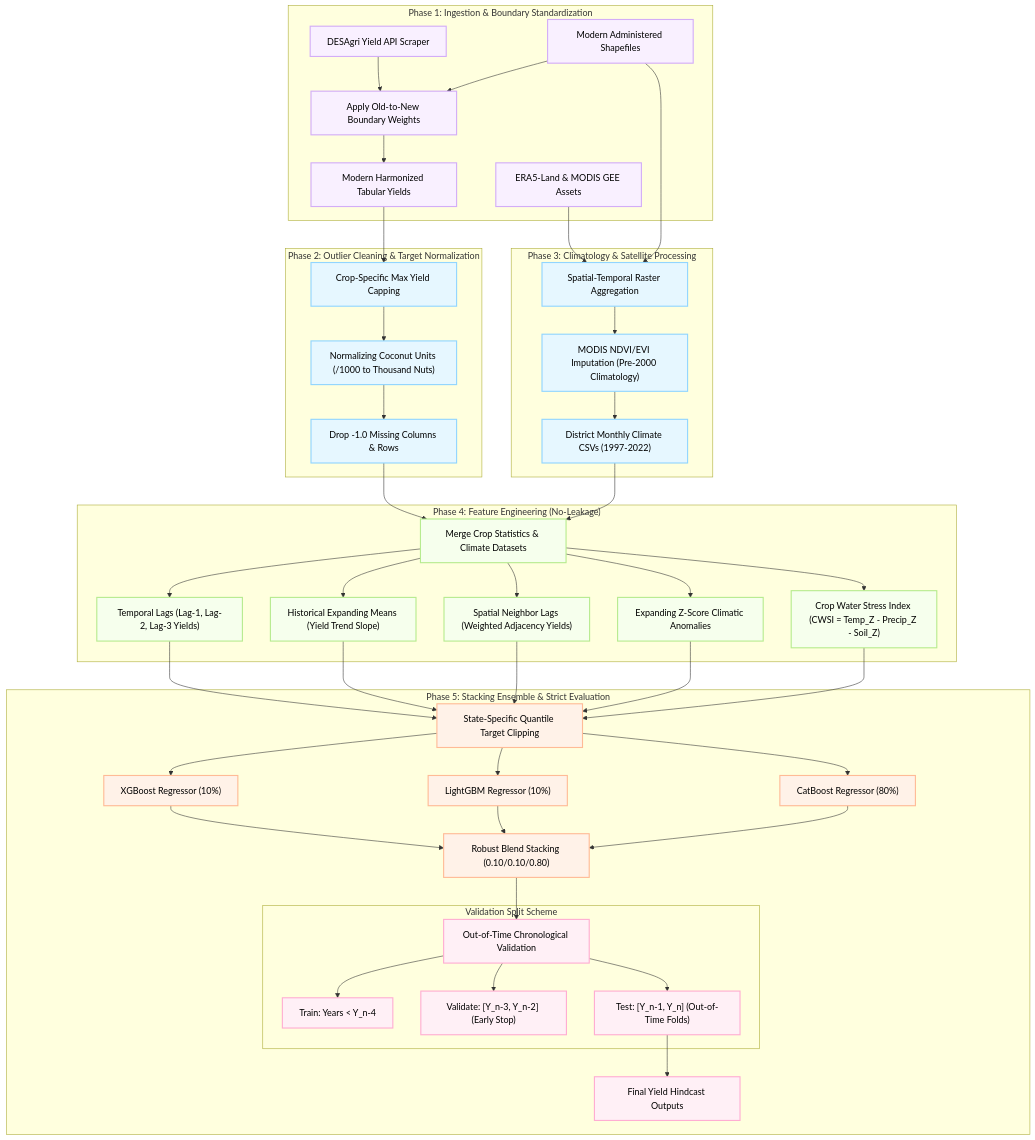
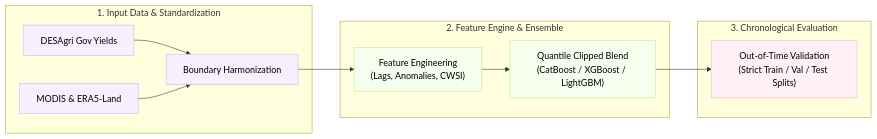
The diagram in methodology_flowchart.md (AadityaChaturvedy/TerraYield-ML), drawn with Mermaid before and after one commit. The commit also changed 3 other files, not shown here.

Commit message:
refactor: Update train_crop.py ensemble weights, show detailed SHAP top 15 features, and format flowchart

````diff
--- a/methodology_flowchart.md
+++ b/methodology_flowchart.md
@@ -11,60 +11,22 @@
 ```mermaid
-flowchart TD
+flowchart LR
     %% Define styles and classes
-    classDef ingest fill:#f9f0ff,stroke:#d3adf7,stroke-width:2px,color:#000;
-    classDef clean fill:#e6f7ff,stroke:#91d5ff,stroke-width:2px,color:#000;
-    classDef feature fill:#f6ffed,stroke:#b7eb8f,stroke-width:2px,color:#000;
-    classDef model fill:#fff2e8,stroke:#ffbb96,stroke-width:2px,color:#000;
-    classDef val fill:#fff0f6,stroke:#ffadd2,stroke-width:2px,color:#000;
+    classDef ingest fill:#f9f0ff,stroke:#d3adf7,stroke-width:1px,color:#000;
+    classDef feature fill:#f6ffed,stroke:#b7eb8f,stroke-width:1px,color:#000;
+    classDef val fill:#fff0f6,stroke:#ffadd2,stroke-width:1px,color:#000;
 
-    subgraph INGESTION["Phase 1: Ingestion & Boundary Standardization"]
-        A1["DESAgri Yield API Scraper"]:::ingest
-        A2["ERA5-Land & MODIS GEE Assets"]:::ingest
-        A3["Modern Administered Shapefiles"]:::ingest
-        
-        A1 & A3 --> B1["Apply Old-to-New Boundary Weights"]:::ingest
-        B1 --> B2["Modern Harmonized Tabular Yields"]:::ingest
+    subgraph INPUTS ["1. Input Data & Standardization"]
+        A1["DESAgri Gov Yields"]:::ingest
+        A2["MODIS & ERA5-Land"]:::ingest
+        A1 & A2 --> H["Boundary Harmonization"]:::ingest
     end
 
-    subgraph CLEANING["Phase 2: Outlier Cleaning & Target Normalization"]
-        B2 --> C1["Crop-Specific Max Yield Capping"]:::clean
-        C1 --> C2["Normalizing Coconut Units (/1000 to Thousand Nuts)"]:::clean
-        C2 --> C3["Drop -1.0 Missing Columns & Rows"]:::clean
+    subgraph ENGINE ["2. Feature Engine & Ensemble"]
+        H --> F["Feature Engineering\n(Lags, Anomalies, CWSI)"]:::feature
+        F --> M["Quantile Clipped Blend\n(CatBoost / XGBoost / LightGBM)"]:::feature
     end
 
-    subgraph CLIMATE["Phase 3: Climatology & Satellite Processing"]
-        A2 & A3 --> D1["Spatial-Temporal Raster Aggregation"]:::clean
-        D1 --> D2["MODIS NDVI/EVI Imputation (Pre-2000 Climatology)"]:::clean
-        D2 --> D3["District Monthly Climate CSVs (1997-2022)"]:::clean
-    end
-
-    subgraph FEATURES["Phase 4: Feature Engineering (No-Leakage)"]
-        C3 & D3 --> E1["Merge Crop Statistics & Climate Datasets"]:::feature
-        
-        E1 --> F1["Temporal Lags (Lag-1, Lag-2, Lag-3 Yields)"]:::feature
-        E1 --> F2["Historical Expanding Means (Yield Trend Slope)"]:::feature
-        E1 --> F3["Spatial Neighbor Lags (Weighted Adjacency Yields)"]:::feature
-        E1 --> F4["Expanding Z-Score Climatic Anomalies"]:::feature
-        E1 --> F5["Crop Water Stress Index (CWSI = Temp_Z - Precip_Z - Soil_Z)"]:::feature
-    end
-
-    subgraph MODELING["Phase 5: Stacking Ensemble & Strict Evaluation"]
-        F1 & F2 & F3 & F4 & F5 --> G1["State-Specific Quantile Target Clipping"]:::model
-        
-        G1 --> H1["XGBoost Regressor (10%)"]:::model
-        G1 --> H2["LightGBM Regressor (10%)"]:::model
-        G1 --> H3["CatBoost Regressor (80%)"]:::model
-        
-        H1 & H2 & H3 --> I1["Robust Blend Stacking (0.10/0.10/0.80)"]:::model
-        
-        I1 --> J1["Out-of-Time Chronological Validation"]:::val
-        
-        subgraph CV_SPLIT["Validation Split Scheme"]
-            J1 --> K1["Train: Years < Y_n-4"]:::val
-            J1 --> K2["Validate: [Y_n-3, Y_n-2] (Early Stop)"]:::val
-            J1 --> K3["Test: [Y_n-1, Y_n] (Out-of-Time Folds)"]:::val
-        end
-        
-        K3 --> L1["Final Yield Hindcast Outputs"]:::val
+    subgraph VALIDATION ["3. Chronological Evaluation"]
+        M --> V["Out-of-Time Validation\n(Strict Train / Val / Test Splits)"]:::val
     end
 ```
````
